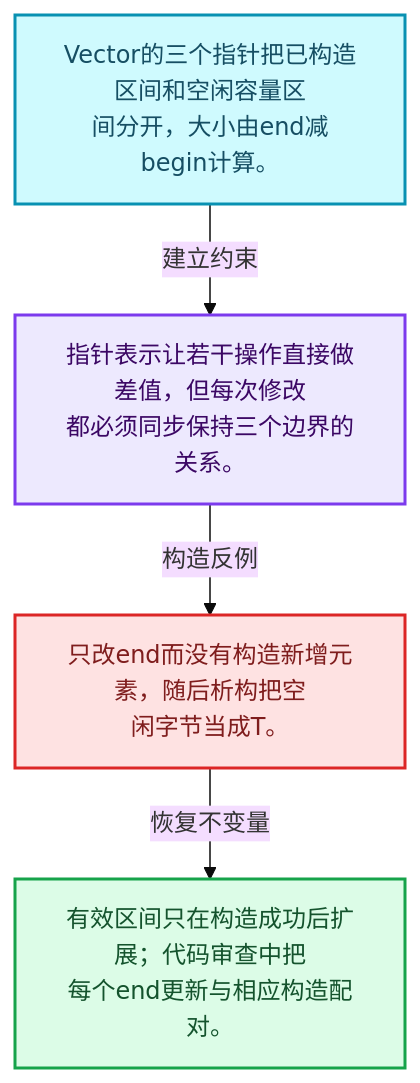
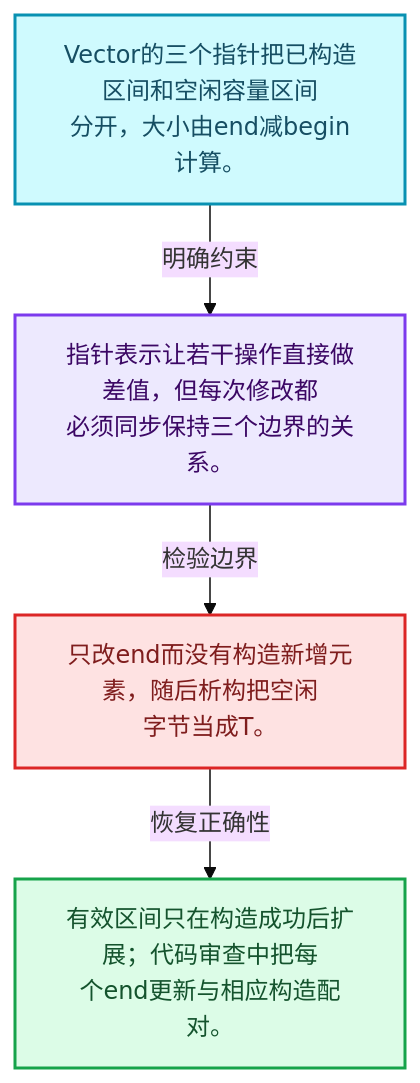
The first of 4 diagrams in 杂/markdown/全面学习-codex/01-基础容器与现代CPP/09-Vector存储与内嵌缓冲.md (yunkezengren/blender-.vscode), drawn with Mermaid (base theme) before and after one commit. The commit also changed other lines of this file and 1930 other files, not shown here.

````diff
--- a/杂/markdown/全面学习-codex/01-基础容器与现代CPP/09-Vector存储与内嵌缓冲.md
+++ b/杂/markdown/全面学习-codex/01-基础容器与现代CPP/09-Vector存储与内嵌缓冲.md
@@ -29,16 +29,16 @@
 ```mermaid
 flowchart TB
-  M["Vector的三个指针把已构造区间和空闲容量区<br/>间分开，大小由end减begin计算。"]:::data
-  T["指针表示让若干操作直接做差值，但每次修改<br/>都必须同步保持三个边界的关系。"]:::abstraction
-  X["只改end而没有构造新增元素，随后析构把空<br/>闲字节当成T。"]:::error
-  A["有效区间只在构造成功后扩展；代码审查中把<br/>每个end更新与相应构造配对。"]:::result
-  M -->|"建立约束"| T
-  T -->|"构造反例"| X
-  X -->|"恢复不变量"| A
+  M["Vector的三个指针把已构造区间和空闲容量区间<br/>分开，大小由end减begin计算。"]:::data
+  C["指针表示让若干操作直接做差值，但每次修改都<br/>必须同步保持三个边界的关系。"]:::abstraction
+  B["只改end而没有构造新增元素，随后析构把空闲<br/>字节当成T。"]:::error
+  R["有效区间只在构造成功后扩展；代码审查中把每<br/>个end更新与相应构造配对。"]:::result
+  M -->|"明确约束"| C
+  C -->|"检验边界"| B
+  B -->|"恢复正确性"| R
   classDef input fill:#DBEAFE,stroke:#2563EB,color:#172554,stroke-width:2px;
   classDef data fill:#CFFAFE,stroke:#0891B2,color:#164E63,stroke-width:2px;
   classDef abstraction fill:#EDE9FE,stroke:#7C3AED,color:#3B0764,stroke-width:2px;
   classDef compute fill:#FEF3C7,stroke:#D97706,color:#78350F,stroke-width:2px;
   classDef result fill:#DCFCE7,stroke:#16A34A,color:#14532D,stroke-width:2px;
   classDef error fill:#FEE2E2,stroke:#DC2626,color:#7F1D1D,stroke-width:2px;
 ```
````
